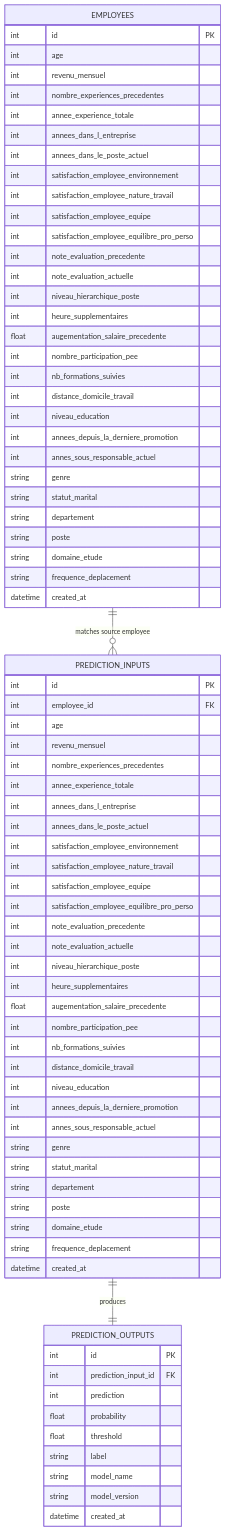
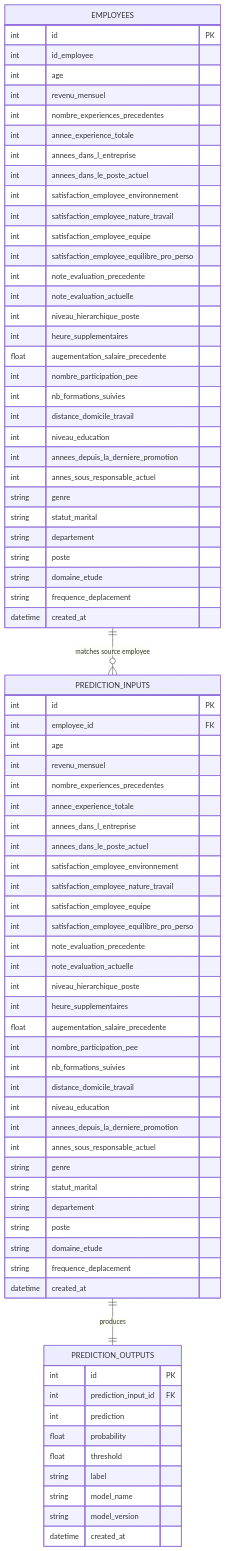
One commit to maximebarbier01/futurisys-ml-api changed the diagram in docs/database_schema.md. Above: the diagram before and after it, drawn with Mermaid. The commit also changed other lines of this file and 11 other files, not shown here.

```diff
--- a/docs/database_schema.md
+++ b/docs/database_schema.md
@@ -18,6 +18,7 @@
 
     EMPLOYEES {
         int id PK
+        int id_employee
         int age
         int revenu_mensuel
         int nombre_experiences_precedentes
```
